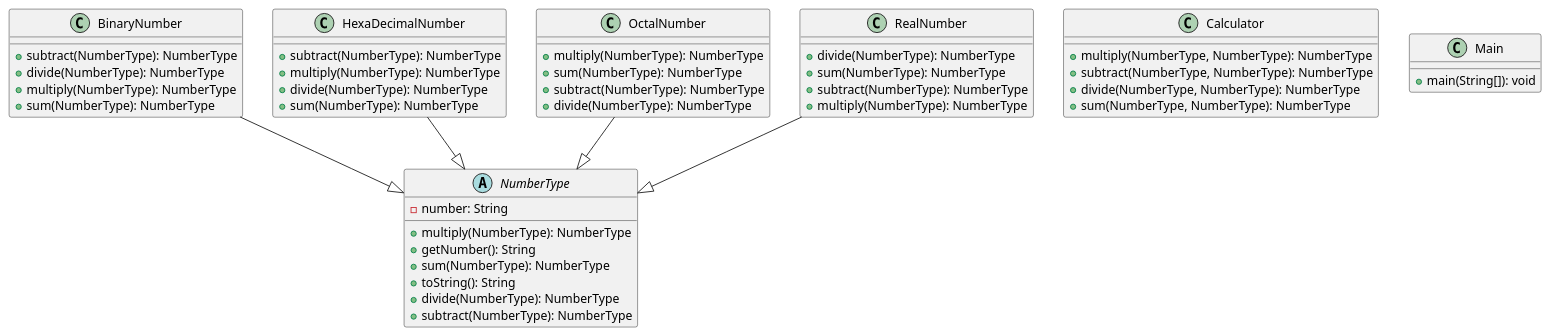
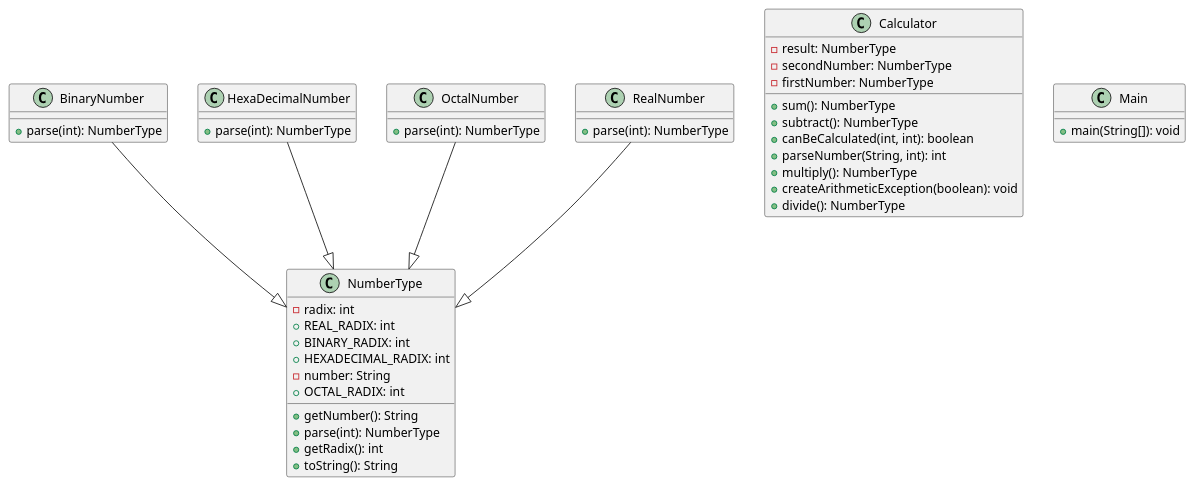
The diagram in src/Calculator.puml (wesdell/calculator_design), drawn with PlantUML before and after one commit.

Commit message:
Update Calculator design

```diff
--- a/src/Calculator.puml
+++ b/src/Calculator.puml
@@ -1,49 +1,46 @@
 @startuml
 class BinaryNumber {
-  + subtract(NumberType): NumberType
-  + divide(NumberType): NumberType
-  + multiply(NumberType): NumberType
-  + sum(NumberType): NumberType
+  + parse(int): NumberType
 }
 class Calculator {
-  + multiply(NumberType, NumberType): NumberType
-  + subtract(NumberType, NumberType): NumberType
-  + divide(NumberType, NumberType): NumberType
-  + sum(NumberType, NumberType): NumberType
+  - result: NumberType
+  - secondNumber: NumberType
+  - firstNumber: NumberType
+  + sum(): NumberType
+  + subtract(): NumberType
+  + canBeCalculated(int, int): boolean
+  + parseNumber(String, int): int
+  + multiply(): NumberType
+  + createArithmeticException(boolean): void
+  + divide(): NumberType
 }
 class HexaDecimalNumber {
-  + subtract(NumberType): NumberType
-  + multiply(NumberType): NumberType
-  + divide(NumberType): NumberType
-  + sum(NumberType): NumberType
+  + parse(int): NumberType
 }
 class Main {
   + main(String[]): void
 }
-abstract class NumberType {
+class NumberType {
+  - radix: int
+  + REAL_RADIX: int
+  + BINARY_RADIX: int
+  + HEXADECIMAL_RADIX: int
   - number: String
-  + multiply(NumberType): NumberType
+  + OCTAL_RADIX: int
   + getNumber(): String
-  + sum(NumberType): NumberType
+  + parse(int): NumberType
+  + getRadix(): int
   + toString(): String
-  + divide(NumberType): NumberType
-  + subtract(NumberType): NumberType
 }
 class OctalNumber {
-  + multiply(NumberType): NumberType
-  + sum(NumberType): NumberType
-  + subtract(NumberType): NumberType
-  + divide(NumberType): NumberType
+  + parse(int): NumberType
 }
 class RealNumber {
-  + divide(NumberType): NumberType
-  + sum(NumberType): NumberType
-  + subtract(NumberType): NumberType
-  + multiply(NumberType): NumberType
+  + parse(int): NumberType
 }
 
 BinaryNumber       --|>  NumberType
 HexaDecimalNumber  --|>  NumberType
-OctalNumber        --|> NumberType
+OctalNumber        --|>  NumberType
 RealNumber         --|>  NumberType
 @enduml
```
